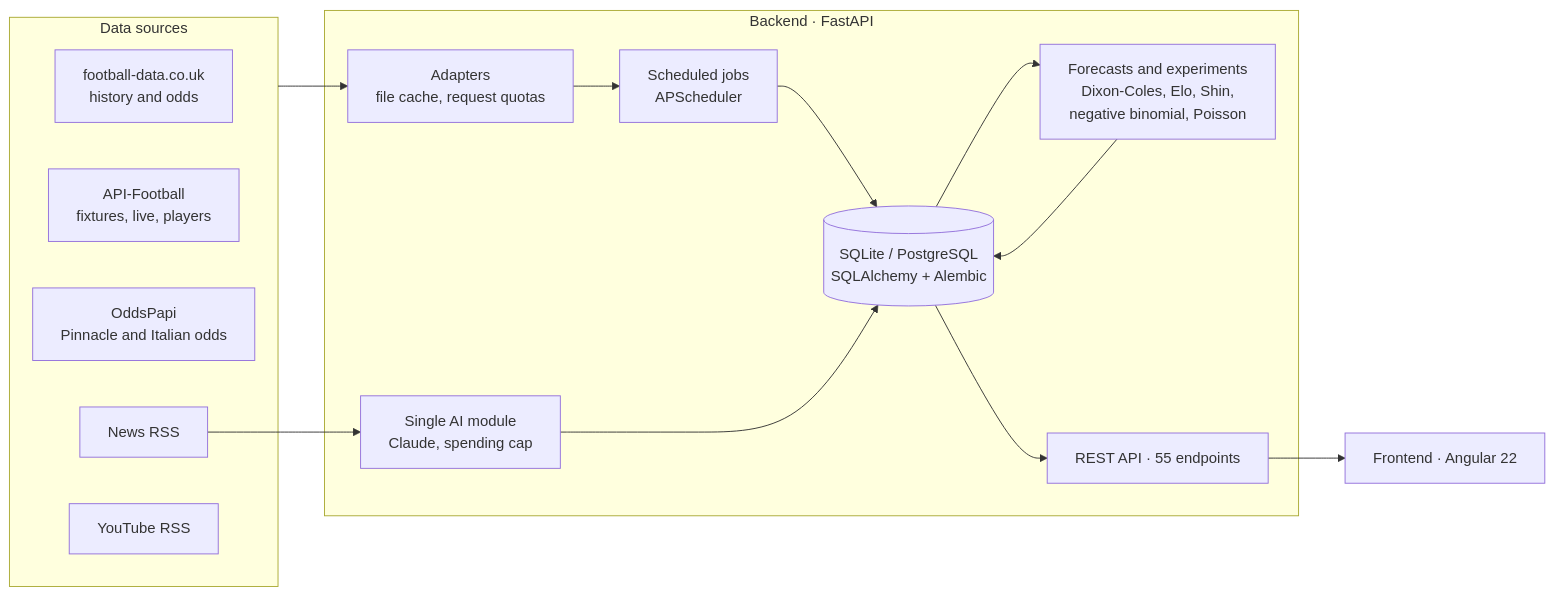
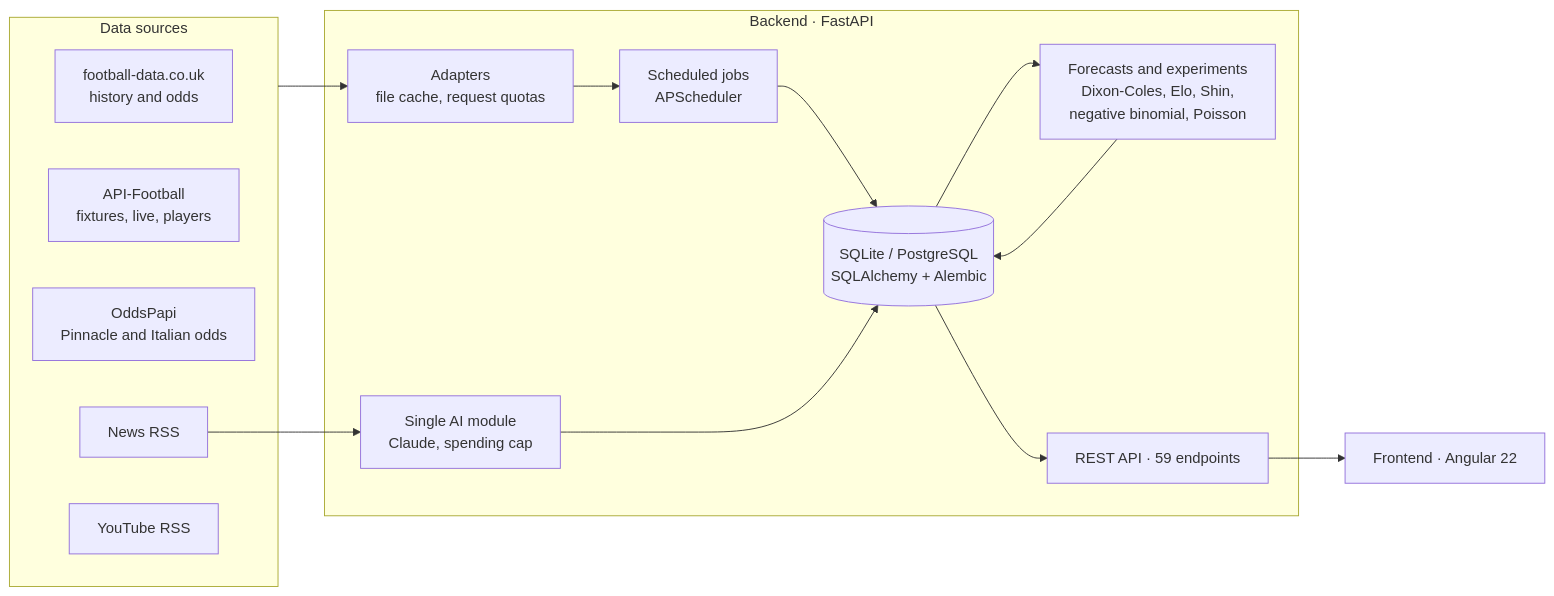
Before and after one commit to giuseppecorso/archiebet: the diagram in README.en.md, drawn with Mermaid. The commit also changed other lines of this file and 16 other files, not shown here.

````diff
--- a/README.en.md
+++ b/README.en.md
@@ -56,23 +68,23 @@
 ```mermaid
 flowchart LR
   subgraph Sources["Data sources"]
     FD[football-data.co.uk<br/>history and odds]
     AF[API-Football<br/>fixtures, live, players]
     OP[OddsPapi<br/>Pinnacle and Italian odds]
     NW[News RSS]
     YT[YouTube RSS]
   end
   subgraph Backend["Backend · FastAPI"]
     AD[Adapters<br/>file cache, request quotas]
     JOB[Scheduled jobs<br/>APScheduler]
     DB[(SQLite / PostgreSQL<br/>SQLAlchemy + Alembic)]
     FC[Forecasts and experiments<br/>Dixon-Coles, Elo, Shin,<br/>negative binomial, Poisson]
     AI[Single AI module<br/>Claude, spending cap]
-    API[REST API · 55 endpoints]
+    API[REST API · 59 endpoints]
   end
   FE[Frontend · Angular 22]
   Sources --> AD --> JOB --> DB
   DB --> FC --> DB
   NW --> AI --> DB
   DB --> API --> FE
 ```
````
